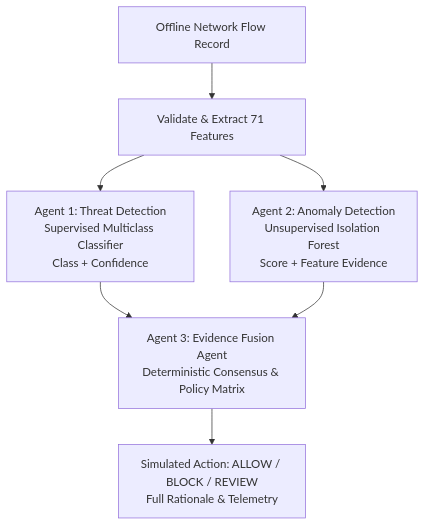
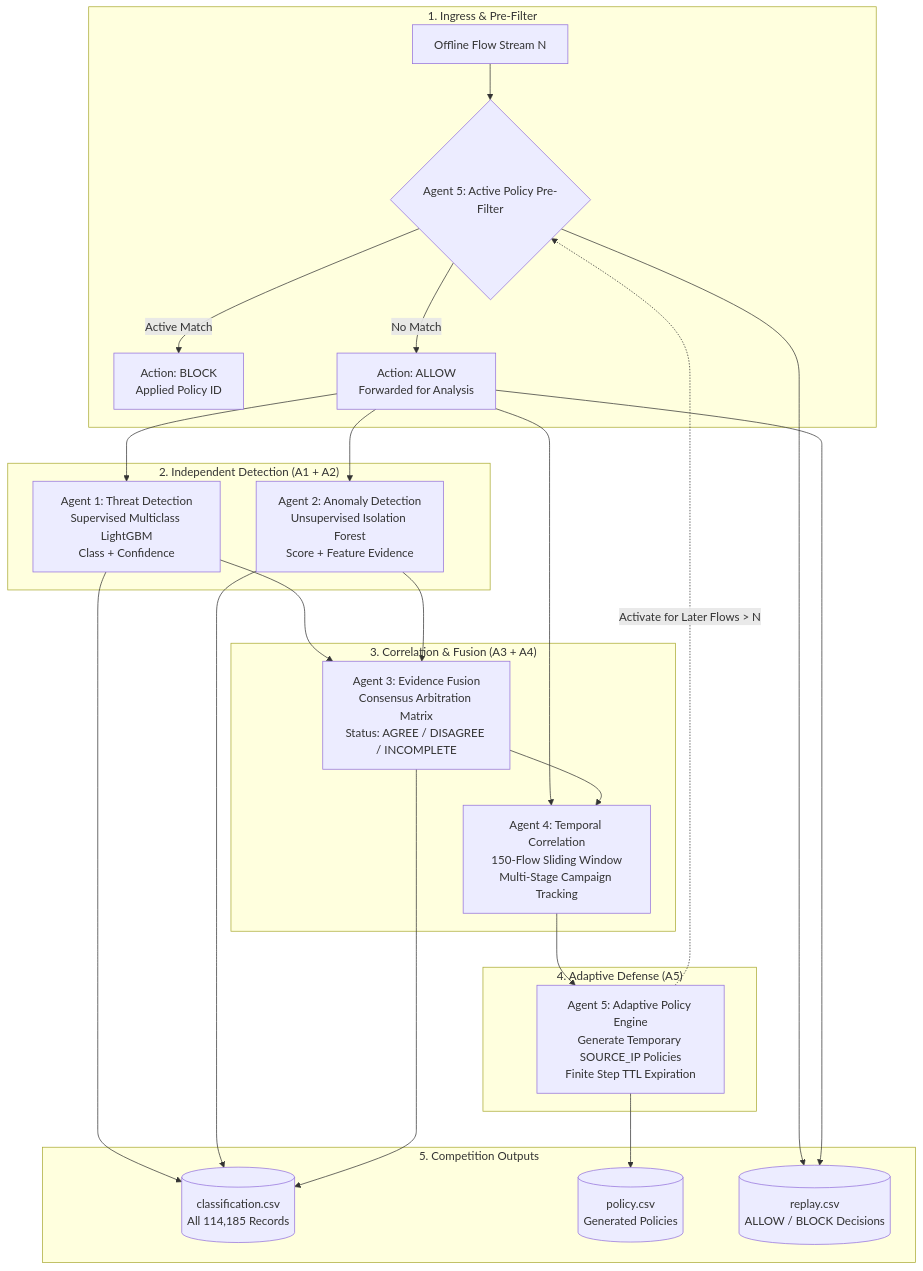
One commit to Aarush-JIIT-2030/jai changed the diagram in docs/architecture.md. Above: the diagram before and after it, drawn with Mermaid. The commit also changed other lines of this file and 2 other files, not shown here.

Commit message:
docs: complete 5-agent architecture specification, live panel walkthrough, and dual-header API compatibility

````diff
--- a/docs/architecture.md
+++ b/docs/architecture.md
@@ -7,9 +7,31 @@
 ```mermaid
 flowchart TD
-    A[Offline Network Flow Record] --> P[Validate & Extract 71 Features]
-    P --> T[Agent 1: Threat Detection<br/>Supervised Multiclass Classifier<br/>Class + Confidence]
-    P --> N[Agent 2: Anomaly Detection<br/>Unsupervised Isolation Forest<br/>Score + Feature Evidence]
-    T --> F[Agent 3: Evidence Fusion Agent<br/>Deterministic Consensus & Policy Matrix]
-    N --> F
-    F --> R[Simulated Action: ALLOW / BLOCK / REVIEW<br/>Full Rationale & Telemetry]
+    subgraph Ingress ["1. Ingress & Pre-Filter"]
+        A[Offline Flow Stream N] --> PF{Agent 5: Active Policy Pre-Filter}
+        PF -->|Active Match| BLK[Action: BLOCK<br/>Applied Policy ID]
+        PF -->|No Match| ALW[Action: ALLOW<br/>Forwarded for Analysis]
+    end
+
+    subgraph Detection ["2. Independent Detection (A1 + A2)"]
+        ALW --> D1[Agent 1: Threat Detection<br/>Supervised Multiclass LightGBM<br/>Class + Confidence]
+        ALW --> D2[Agent 2: Anomaly Detection<br/>Unsupervised Isolation Forest<br/>Score + Feature Evidence]
+    end
+
+    subgraph FusionAndCorrelation ["3. Correlation & Fusion (A3 + A4)"]
+        D1 --> F3[Agent 3: Evidence Fusion<br/>Consensus Arbitration Matrix<br/>Status: AGREE / DISAGREE / INCOMPLETE]
+        D2 --> F3
+        ALW --> C4[Agent 4: Temporal Correlation<br/>150-Flow Sliding Window<br/>Multi-Stage Campaign Tracking]
+        F3 --> C4
+    end
+
+    subgraph DefenseResponse ["4. Adaptive Defense (A5)"]
+        C4 --> R5[Agent 5: Adaptive Policy Engine<br/>Generate Temporary SOURCE_IP Policies<br/>Finite Step TTL Expiration]
+        R5 -.->|Activate for Later Flows > N| PF
+    end
+
+    subgraph Submission ["5. Competition Outputs"]
+        D1 & D2 & F3 --> CSV1[(classification.csv<br/>All 114,185 Records)]
+        R5 --> CSV2[(policy.csv<br/>Generated Policies)]
+        PF & ALW --> CSV3[(replay.csv<br/>ALLOW / BLOCK Decisions)]
+    end
 ```
````
